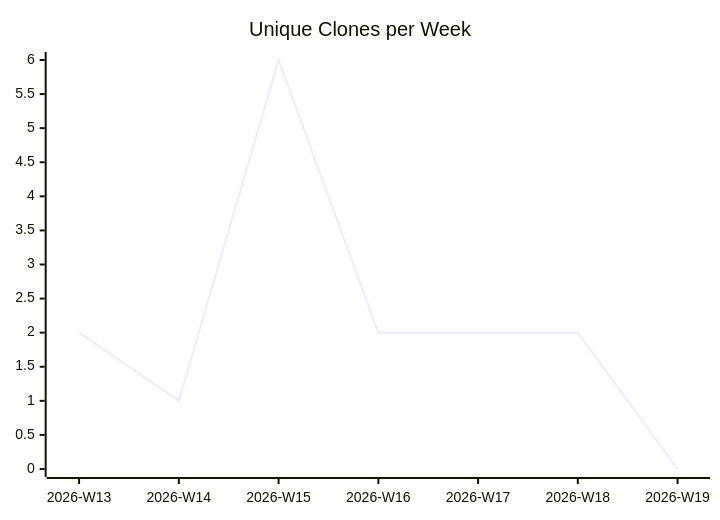
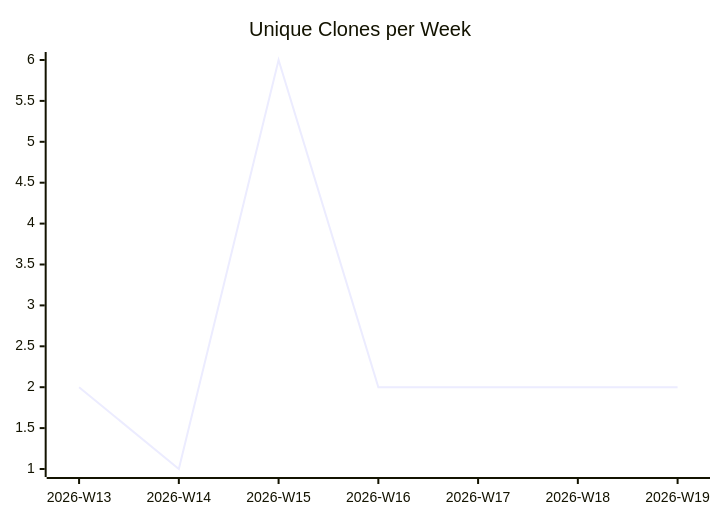
One commit to justdavis-family/github-analytics-data changed the third of 3 diagrams in karlmdavis/m2e-core/README.md. Above: the diagram before and after it, drawn with Mermaid. The commit also changed other lines of this file and 187 other files, not shown here.

````diff
--- a/karlmdavis/m2e-core/README.md
+++ b/karlmdavis/m2e-core/README.md
@@ -19,6 +19,6 @@
 ```mermaid
 xychart-beta
   title "Unique Clones per Week"
   x-axis ["2026-W13", "2026-W14", "2026-W15", "2026-W16", "2026-W17", "2026-W18", "2026-W19"]
-  line [2, 1, 6, 2, 2, 2, 0]
+  line [2, 1, 6, 2, 2, 2, 2]
 ```
````
